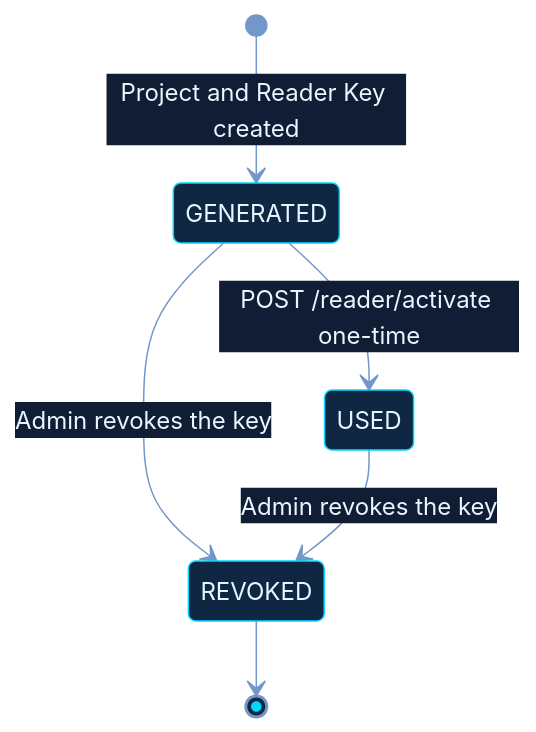
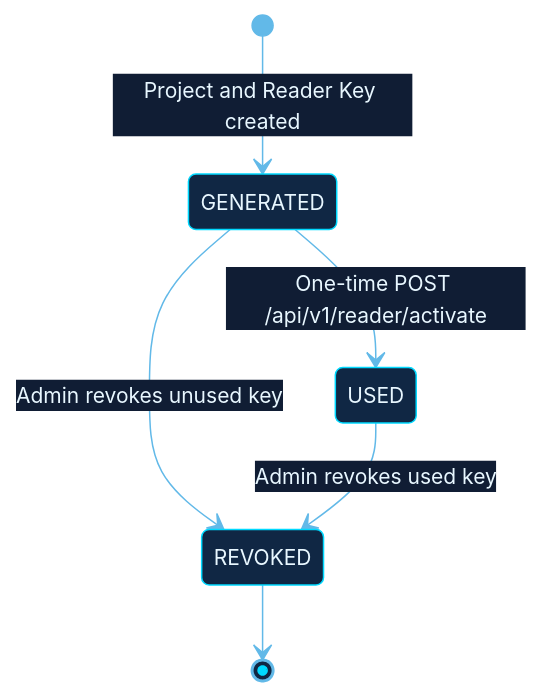
Before and after one commit to shajeduzzamanenan992008inc/NexOra-Database-key-Gen: diagram 14 of 23 in README.md, drawn with Mermaid. The commit also changed other lines of this file, not shown here.

````diff
--- a/README.md
+++ b/README.md
@@ -1198,9 +1191,17 @@
 ```mermaid
-%%{init: {"theme":"base","themeVariables":{"darkMode":true,"background":"#07111f","primaryColor":"#102744","primaryTextColor":"#e8f7ff","primaryBorderColor":"#00d9ff","lineColor":"#7297c8","secondaryColor":"#261d45","secondaryTextColor":"#f3eaff","secondaryBorderColor":"#a78bfa","tertiaryColor":"#12332b","tertiaryTextColor":"#e0fff1","tertiaryBorderColor":"#41e6a2","fontFamily":"Inter, Segoe UI, sans-serif","edgeLabelBackground":"#101d34","mainBkg":"#102744","nodeBorder":"#00d9ff","clusterBkg":"#0b1930","clusterBorder":"#6f7dff","actorBkg":"#102744","actorBorder":"#00d9ff","actorTextColor":"#e8f7ff","signalColor":"#64d8ff","signalTextColor":"#e8f7ff","noteBkgColor":"#0e332b","noteBorderColor":"#41e6a2","noteTextColor":"#e0fff1"}}}%%
+%%{init: {"theme":"base","themeVariables":{"darkMode":true,"background":"#07111f","primaryColor":"#102744","primaryTextColor":"#e8f7ff","primaryBorderColor":"#00d9ff","lineColor":"#62b9e8","secondaryColor":"#261d45","secondaryTextColor":"#f3eaff","secondaryBorderColor":"#a78bfa","tertiaryColor":"#12332b","tertiaryTextColor":"#e0fff1","tertiaryBorderColor":"#41e6a2","fontFamily":"Inter, Segoe UI, sans-serif","fontSize":"14px","edgeLabelBackground":"#101d34","mainBkg":"#102744","nodeBorder":"#00d9ff","clusterBkg":"#0b1930","clusterBorder":"#6f7dff","actorBkg":"#102744","actorBorder":"#00d9ff","actorTextColor":"#e8f7ff","signalColor":"#64d8ff","signalTextColor":"#e8f7ff","noteBkgColor":"#0e332b","noteBorderColor":"#41e6a2","noteTextColor":"#e0fff1"}}}%%
 stateDiagram-v2
+    direction TB
     [*] --> GENERATED : Project and Reader Key created
-    GENERATED --> USED : POST /reader/activate one-time
-    GENERATED --> REVOKED : Admin revokes the key
-    USED --> REVOKED : Admin revokes the key
+    GENERATED --> USED : One-time POST /api/v1/reader/activate
+    GENERATED --> REVOKED : Admin revokes unused key
+    USED --> REVOKED : Admin revokes used key
     REVOKED --> [*]
+
+    classDef nxInfo fill:#17253e,stroke:#91a7c9,stroke-width:1.5px,color:#e5efff;
+    classDef nxSuccess fill:#0d3b2c,stroke:#3fffa0,stroke-width:2px,color:#e0fff0;
+    classDef nxDanger fill:#451d30,stroke:#ff6688,stroke-width:2px,color:#fff0f3;
+    class GENERATED nxSuccess;
+    class USED nxInfo;
+    class REVOKED nxDanger;
 ```
````
